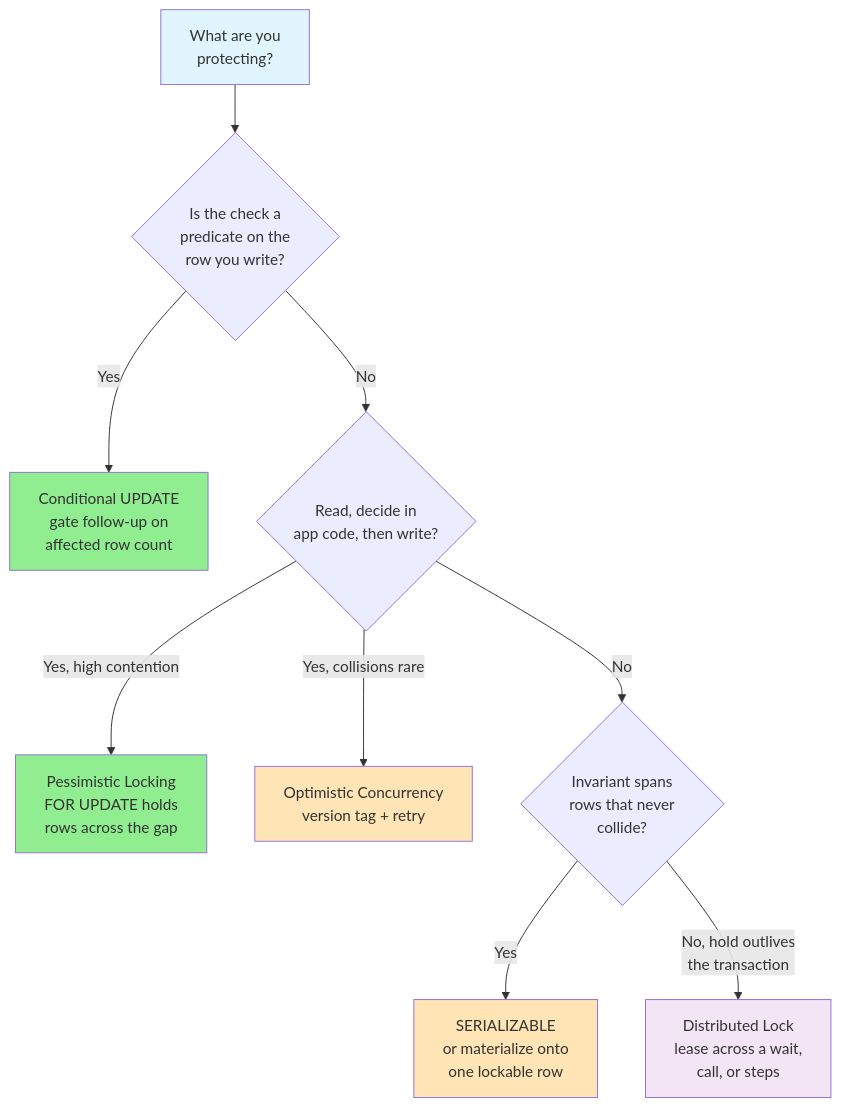
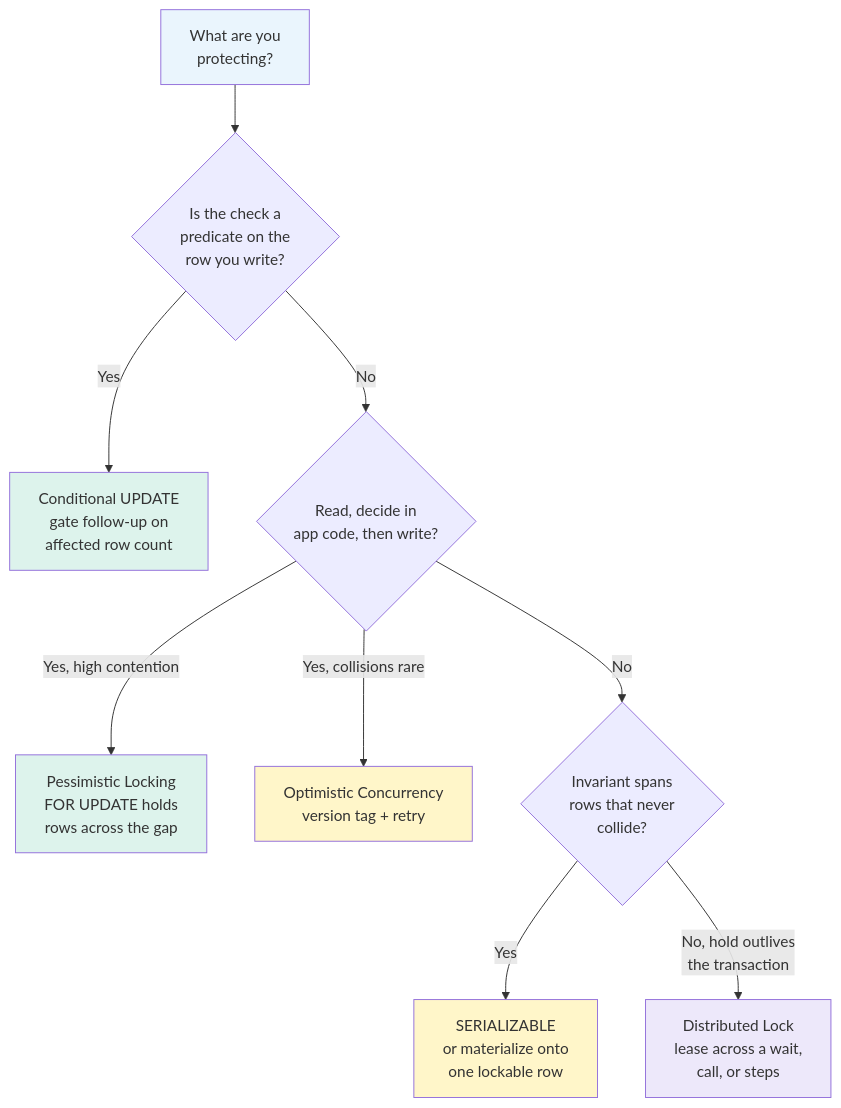
One commit to cartmancodes/InterviewVault changed the second of 2 diagrams in LLD/SystemDesign/Patterns/DealingWithContention.md. Above: the diagram before and after it, drawn with Mermaid. The commit also changed other lines of this file and 679 other files, not shown here.

Commit message:
Unify content diagrams and add accessible visual walkthroughs

````diff
--- a/LLD/SystemDesign/Patterns/DealingWithContention.md
+++ b/LLD/SystemDesign/Patterns/DealingWithContention.md
@@ -311,18 +311,18 @@
 ```mermaid
 graph TB
     Start["What are you<br/>protecting?"] --> Q1{"Is the check a<br/>predicate on the<br/>row you write?"}
     Q1 -->|Yes| CW["Conditional UPDATE<br/>gate follow-up on<br/>affected row count"]
     Q1 -->|No| Q2{"Read, decide in<br/>app code, then write?"}
     Q2 -->|"Yes, high contention"| PL["Pessimistic Locking<br/>FOR UPDATE holds<br/>rows across the gap"]
     Q2 -->|"Yes, collisions rare"| OCC["Optimistic Concurrency<br/>version tag + retry"]
     Q2 -->|No| Q3{"Invariant spans<br/>rows that never<br/>collide?"}
     Q3 -->|Yes| SI["SERIALIZABLE<br/>or materialize onto<br/>one lockable row"]
     Q3 -->|"No, hold outlives<br/>the transaction"| DL["Distributed Lock<br/>lease across a wait,<br/>call, or steps"]
 
-    style Start fill:#e1f5ff
-    style CW fill:#90EE90
-    style PL fill:#90EE90
-    style OCC fill:#FFE4B5
-    style SI fill:#FFE4B5
-    style DL fill:#f3e5f5
+    style Start fill:#EAF5FD
+    style CW fill:#DDF3EC
+    style PL fill:#DDF3EC
+    style OCC fill:#FFF6C9
+    style SI fill:#FFF6C9
+    style DL fill:#EDE8FA
 ```
````
